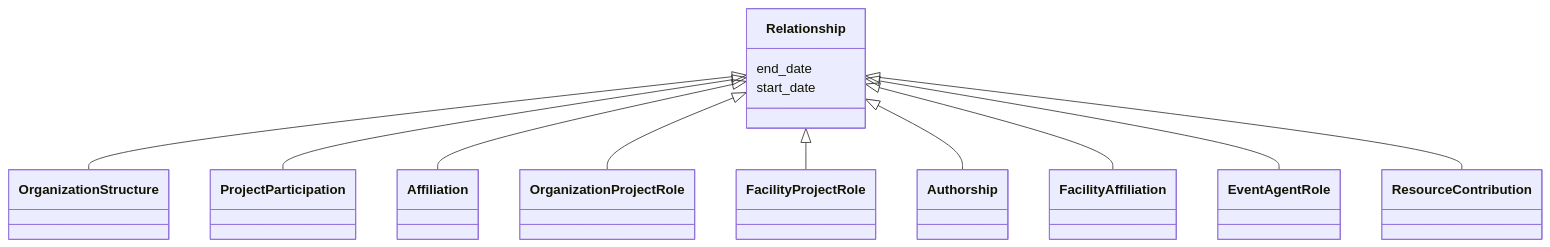
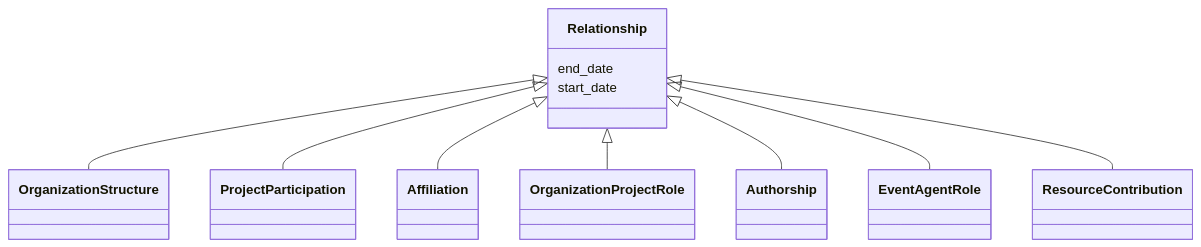
Before and after one commit to DARIAH-IL/idhi-manifests: the diagram in docs/classes/Relationship.md, drawn with Mermaid. The commit also changed other lines of this file and 60 other files, not shown here.

````diff
--- a/docs/classes/Relationship.md
+++ b/docs/classes/Relationship.md
@@ -24,31 +24,27 @@
 ```mermaid
  classDiagram
     class Relationship
       
 
       Relationship <|-- OrganizationStructure
         click OrganizationStructure href "../../classes/OrganizationStructure/"
       Relationship <|-- ProjectParticipation
         click ProjectParticipation href "../../classes/ProjectParticipation/"
       Relationship <|-- Affiliation
         click Affiliation href "../../classes/Affiliation/"
       Relationship <|-- OrganizationProjectRole
         click OrganizationProjectRole href "../../classes/OrganizationProjectRole/"
-      Relationship <|-- FacilityProjectRole
-        click FacilityProjectRole href "../../classes/FacilityProjectRole/"
       Relationship <|-- Authorship
         click Authorship href "../../classes/Authorship/"
-      Relationship <|-- FacilityAffiliation
-        click FacilityAffiliation href "../../classes/FacilityAffiliation/"
       Relationship <|-- EventAgentRole
         click EventAgentRole href "../../classes/EventAgentRole/"
       Relationship <|-- ResourceContribution
         click ResourceContribution href "../../classes/ResourceContribution/"
       
 
       Relationship : end_date
         
       Relationship : start_date
         
       
 ```
````
